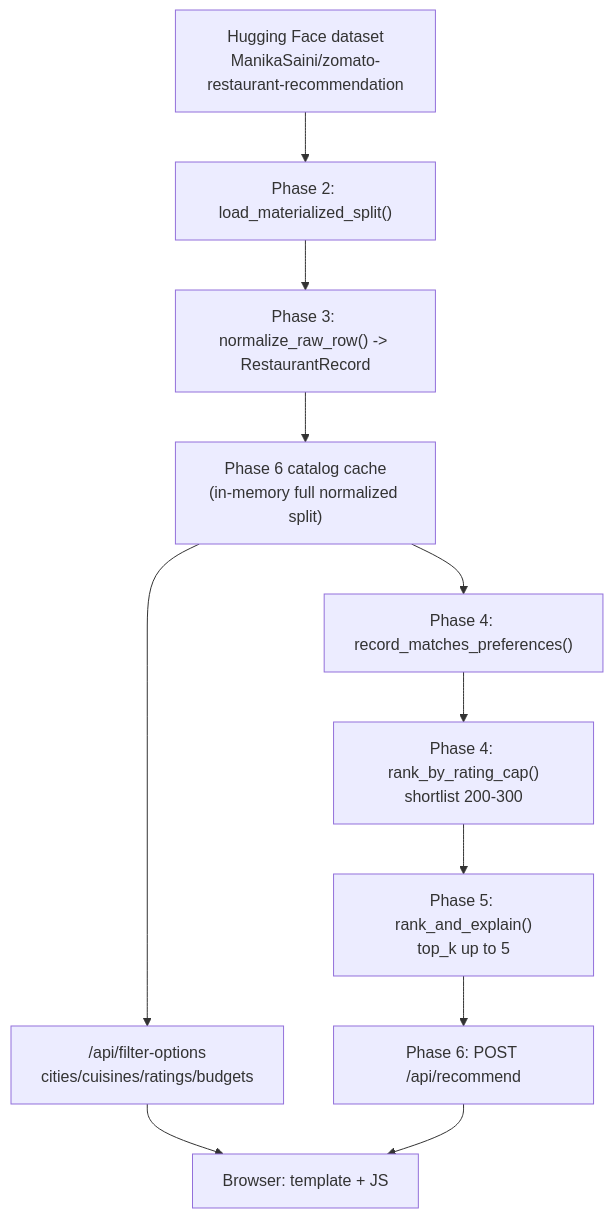
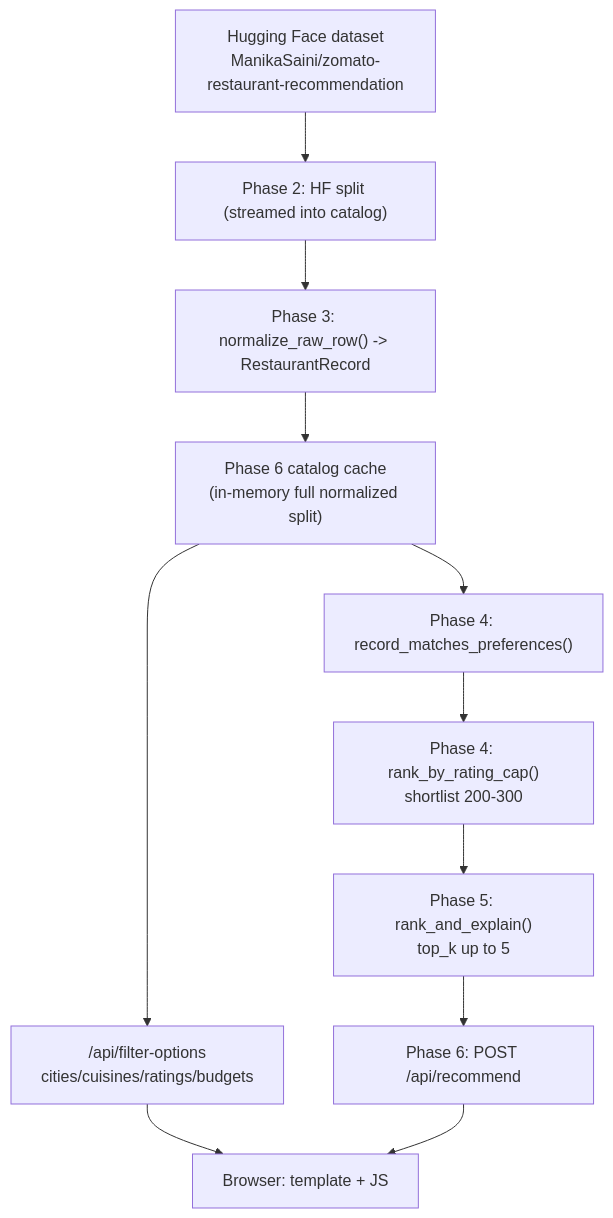
The third of 3 diagrams in Docs/PhaseWiseArchitecture.md (ArpitDumka/Zomato_Restaurant_Recommendation), drawn with Mermaid before and after one commit. The commit also changed other lines of this file and 8 other files, not shown here.

````diff
--- a/Docs/PhaseWiseArchitecture.md
+++ b/Docs/PhaseWiseArchitecture.md
@@ -75,13 +75,13 @@
 ```mermaid
 flowchart TD
-  HF["Hugging Face dataset<br/>ManikaSaini/zomato-restaurant-recommendation"] --> RI["Phase 2: load_materialized_split()"]
+  HF["Hugging Face dataset<br/>ManikaSaini/zomato-restaurant-recommendation"] --> RI["Phase 2: HF split (streamed into catalog)"]
   RI --> NM["Phase 3: normalize_raw_row() -> RestaurantRecord"]
   NM --> CAT["Phase 6 catalog cache<br/>(in-memory full normalized split)"]
   CAT --> OPT["/api/filter-options<br/>cities/cuisines/ratings/budgets"]
   CAT --> FIL["Phase 4: record_matches_preferences()"]
   FIL --> CAP["Phase 4: rank_by_rating_cap()<br/>shortlist 200-300"]
   CAP --> LLM["Phase 5: rank_and_explain()<br/>top_k up to 5"]
   LLM --> API["Phase 6: POST /api/recommend"]
   OPT --> UI["Browser: template + JS"]
   API --> UI
 ```
````
